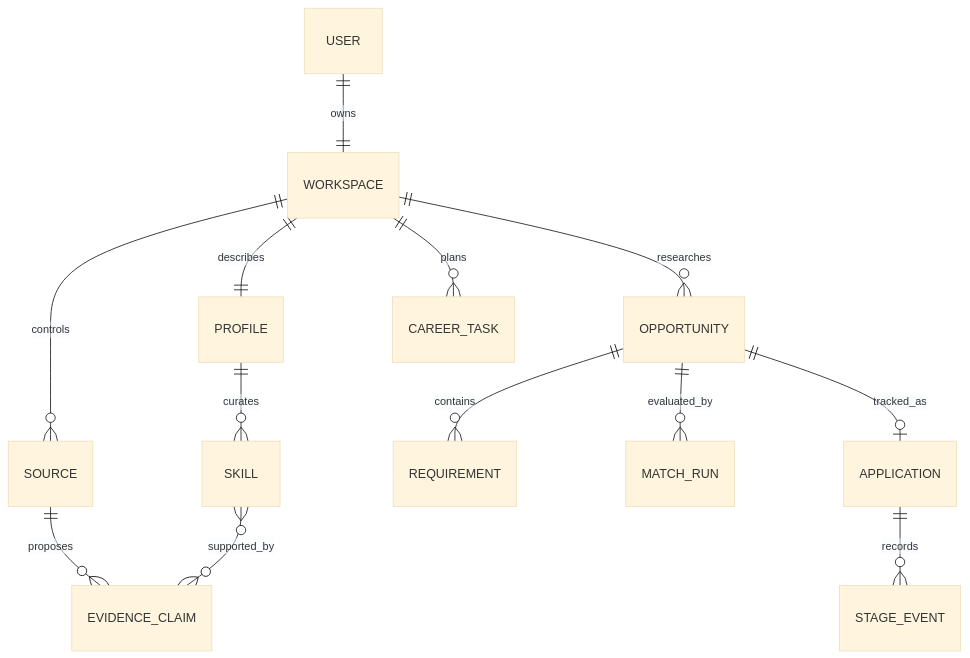
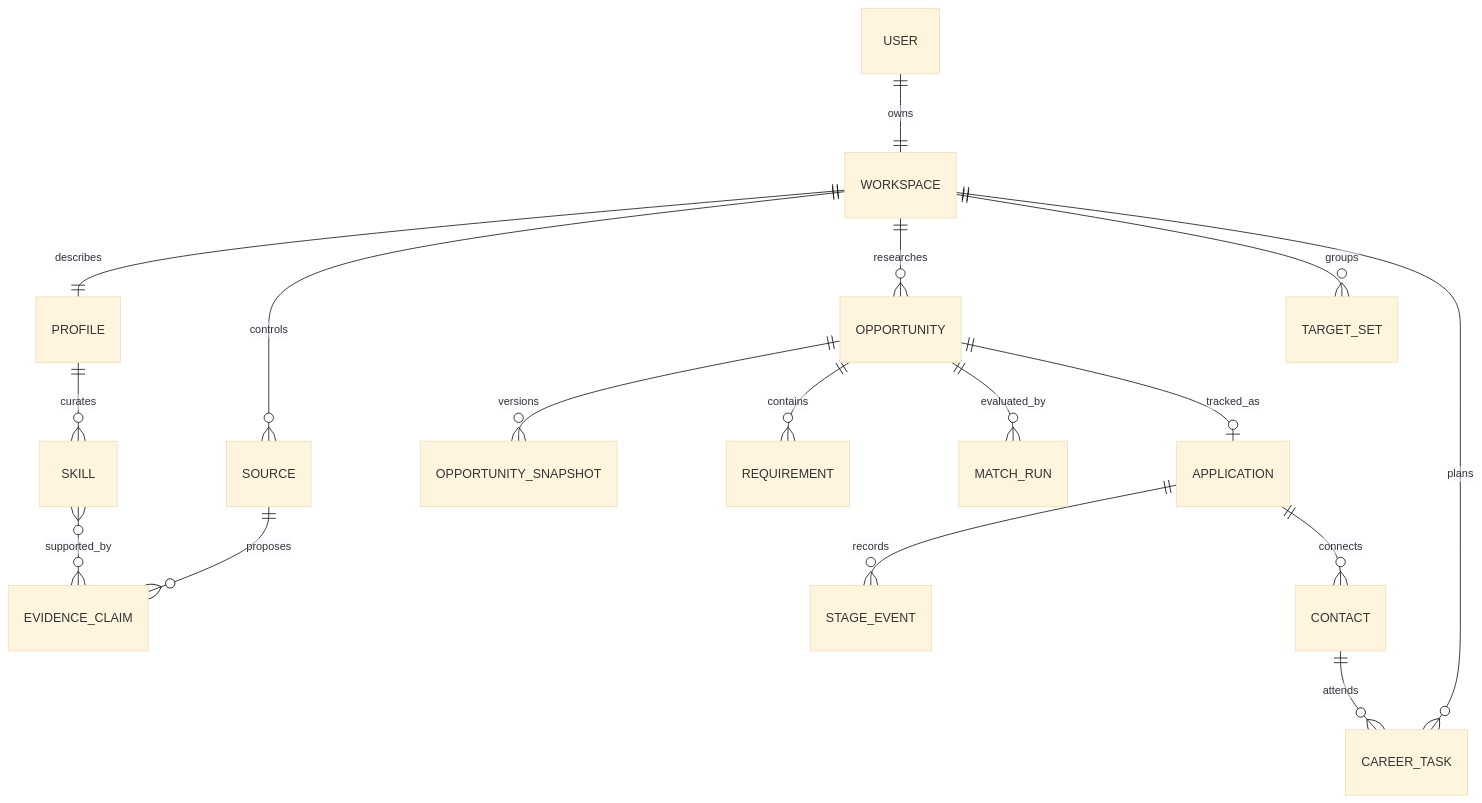
Before and after one commit to fsantibanezleal/CAOS_CareerTwin: the fifth of 6 diagrams in docs/architecture/README.md, drawn with Mermaid (base theme). The commit also changed other lines of this file and 75 other files, not shown here.

````diff
--- a/docs/architecture/README.md
+++ b/docs/architecture/README.md
@@ -73,15 +73,19 @@
 ```mermaid
 erDiagram
   USER ||--|| WORKSPACE : owns
   WORKSPACE ||--|| PROFILE : describes
   WORKSPACE ||--o{ SOURCE : controls
   SOURCE ||--o{ EVIDENCE_CLAIM : proposes
   PROFILE ||--o{ SKILL : curates
   SKILL }o--o{ EVIDENCE_CLAIM : supported_by
   WORKSPACE ||--o{ OPPORTUNITY : researches
+  OPPORTUNITY ||--o{ OPPORTUNITY_SNAPSHOT : versions
+  WORKSPACE ||--o{ TARGET_SET : groups
   OPPORTUNITY ||--o{ REQUIREMENT : contains
   OPPORTUNITY ||--o{ MATCH_RUN : evaluated_by
   OPPORTUNITY ||--o| APPLICATION : tracked_as
   APPLICATION ||--o{ STAGE_EVENT : records
+  APPLICATION ||--o{ CONTACT : connects
   WORKSPACE ||--o{ CAREER_TASK : plans
+  CONTACT ||--o{ CAREER_TASK : attends
 ```
````
